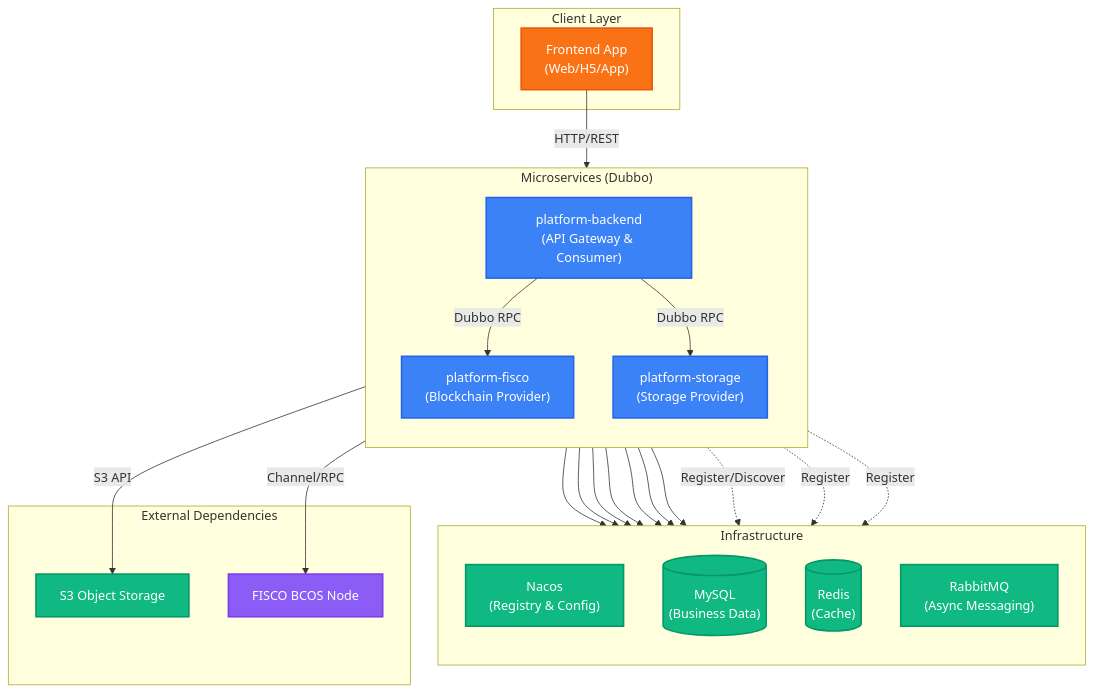
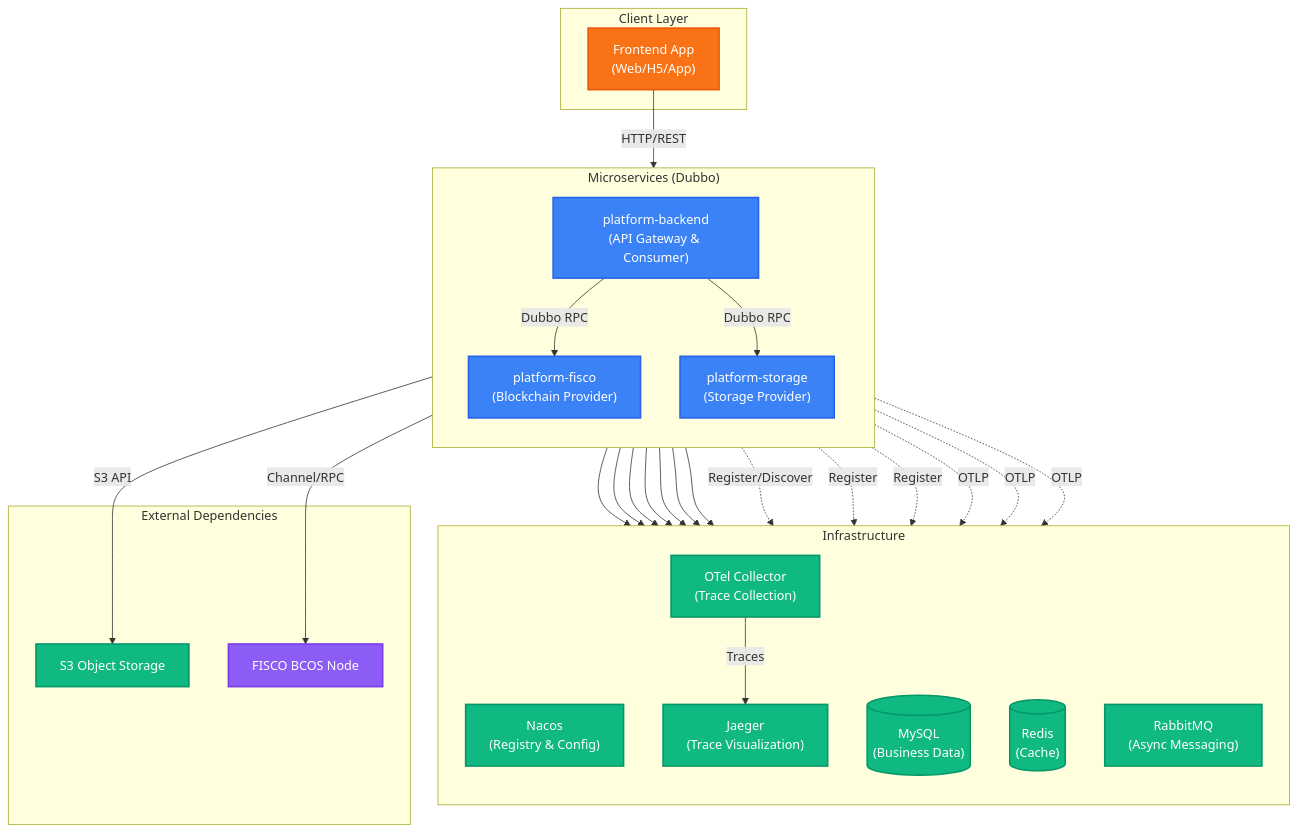
One commit to SoarCollab/RecordPlatform changed the first of 9 diagrams in docs/en/architecture/system-overview.md. Above: the diagram before and after it, drawn with Mermaid. The commit also changed other lines of this file and 41 other files, not shown here.

First line of the commit message:
feat: P2-2 OpenTelemetry tracing + P2-7 storage integrity check (#149)

````diff
--- a/docs/en/architecture/system-overview.md
+++ b/docs/en/architecture/system-overview.md
@@ -5,52 +5,60 @@
 ```mermaid
 flowchart TB
     %% Style Definitions %%
     classDef service fill:#3b82f6,stroke:#2563eb,stroke-width:2px,color:#ffffff
     classDef infra fill:#10b981,stroke:#059669,stroke-width:2px,color:#ffffff
     classDef chain fill:#8b5cf6,stroke:#7c3aed,stroke-width:2px,color:#ffffff
     classDef client fill:#f97316,stroke:#ea580c,stroke-width:2px,color:#ffffff
 
     subgraph ClientLayer["Client Layer"]
         Frontend["Frontend App<br/>(Web/H5/App)"]:::client
     end
 
     subgraph ServiceLayer["Microservices (Dubbo)"]
         direction TB
         Backend["platform-backend<br/>(API Gateway & Consumer)"]:::service
         Fisco["platform-fisco<br/>(Blockchain Provider)"]:::service
         Storage["platform-storage<br/>(Storage Provider)"]:::service
     end
 
     subgraph InfraLayer["Infrastructure"]
         direction TB
         Nacos["Nacos<br/>(Registry & Config)"]:::infra
         MySQL[("MySQL<br/>(Business Data)")]:::infra
         Redis[("Redis<br/>(Cache)")]:::infra
         RabbitMQ["RabbitMQ<br/>(Async Messaging)"]:::infra
+        OTel["OTel Collector<br/>(Trace Collection)"]:::infra
+        Jaeger["Jaeger<br/>(Trace Visualization)"]:::infra
     end
 
     subgraph ExternalLayer["External Dependencies"]
         S3["S3 Object Storage"]:::infra
         BCOS["FISCO BCOS Node"]:::chain
     end
 
     %% Connections %%
     Frontend -->|HTTP/REST| Backend
 
     Backend -->|Dubbo RPC| Fisco
     Backend -->|Dubbo RPC| Storage
 
     %% Service to Infra %%
     Backend --> MySQL & Redis & RabbitMQ
     Fisco --> MySQL & Redis
     Storage --> MySQL & Redis
 
     %% Service Registry %%
     Backend -.->|Register/Discover| Nacos
     Fisco -.->|Register| Nacos
     Storage -.->|Register| Nacos
 
     %% Service to External %%
     Fisco -->|Channel/RPC| BCOS
     Storage -->|S3 API| S3
+
+    %% Tracing %%
+    Backend -.->|OTLP| OTel
+    Fisco -.->|OTLP| OTel
+    Storage -.->|OTLP| OTel
+    OTel -->|Traces| Jaeger
 ```
````
